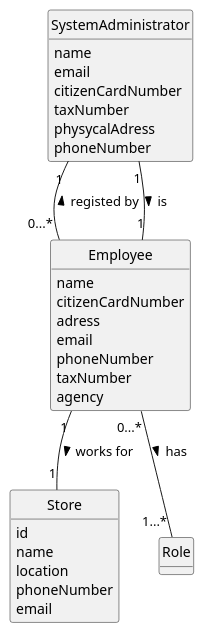
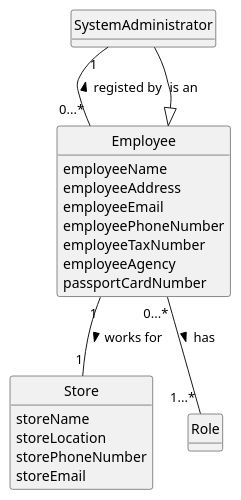
Before and after one commit to 1220812/LAPR2: the diagram in docs/sprintB/us003/02.analysis/puml/us003-domain-model.puml, drawn with PlantUML. The commit also changed 1 other file, not shown here.

```diff
--- a/docs/sprintB/us003/02.analysis/puml/us003-domain-model.puml
+++ b/docs/sprintB/us003/02.analysis/puml/us003-domain-model.puml
@@ -1,47 +1,46 @@
 @startuml
 skinparam monochrome true
 skinparam packageStyle rectangle
 skinparam shadowing false
 'skinparam linetype ortho
 'left to right direction
 skinparam classAttributeIconSize 0
 hide circle
 hide methods
 
 
 class SystemAdministrator{
-  name
-  email
-  citizenCardNumber
-  taxNumber
-  physycalAdress
-  phoneNumber
+
 }
 
 
 class Employee {
-    name
-    citizenCardNumber
-    adress
-    email
-    phoneNumber
-    taxNumber
-    agency
+    employeeName
+    employeeAddress
+    employeeEmail
+    employeePhoneNumber
+    employeeTaxNumber
+    employeeAgency
+    passportCardNumber
 }
 
+
 class Store{
-id
-name
-location
-phoneNumber
-email
+storeName
+storeLocation
+storePhoneNumber
+storeEmail
 }
 
 class Role{
 }
 
+
 SystemAdministrator "1"--"0...*" Employee: registed by <
-SystemAdministrator "1"--"1" Employee: is >
+SystemAdministrator --|> Employee: is an
+
 Employee "1"--"1" Store: works for >
 Employee "0...*"--"1...*" Role: has >
+
+
 @enduml
```
